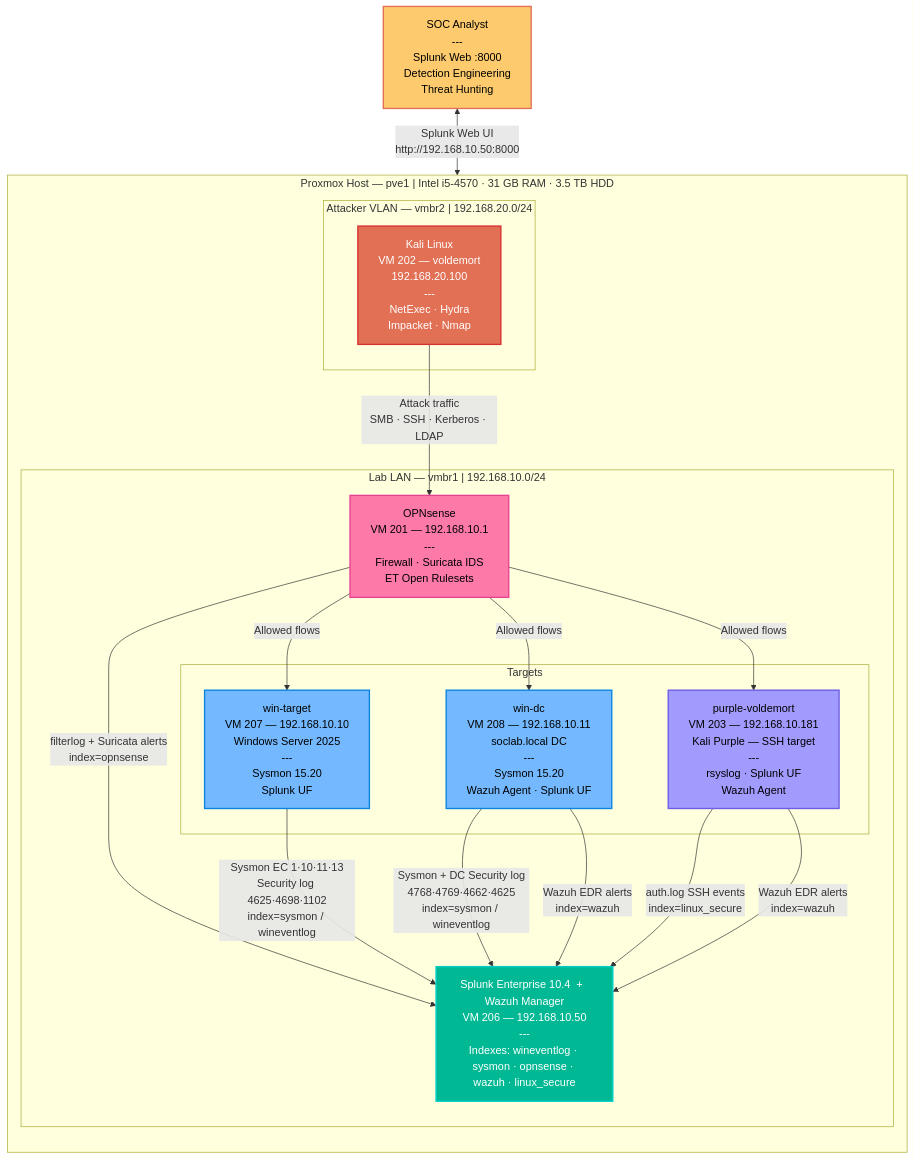
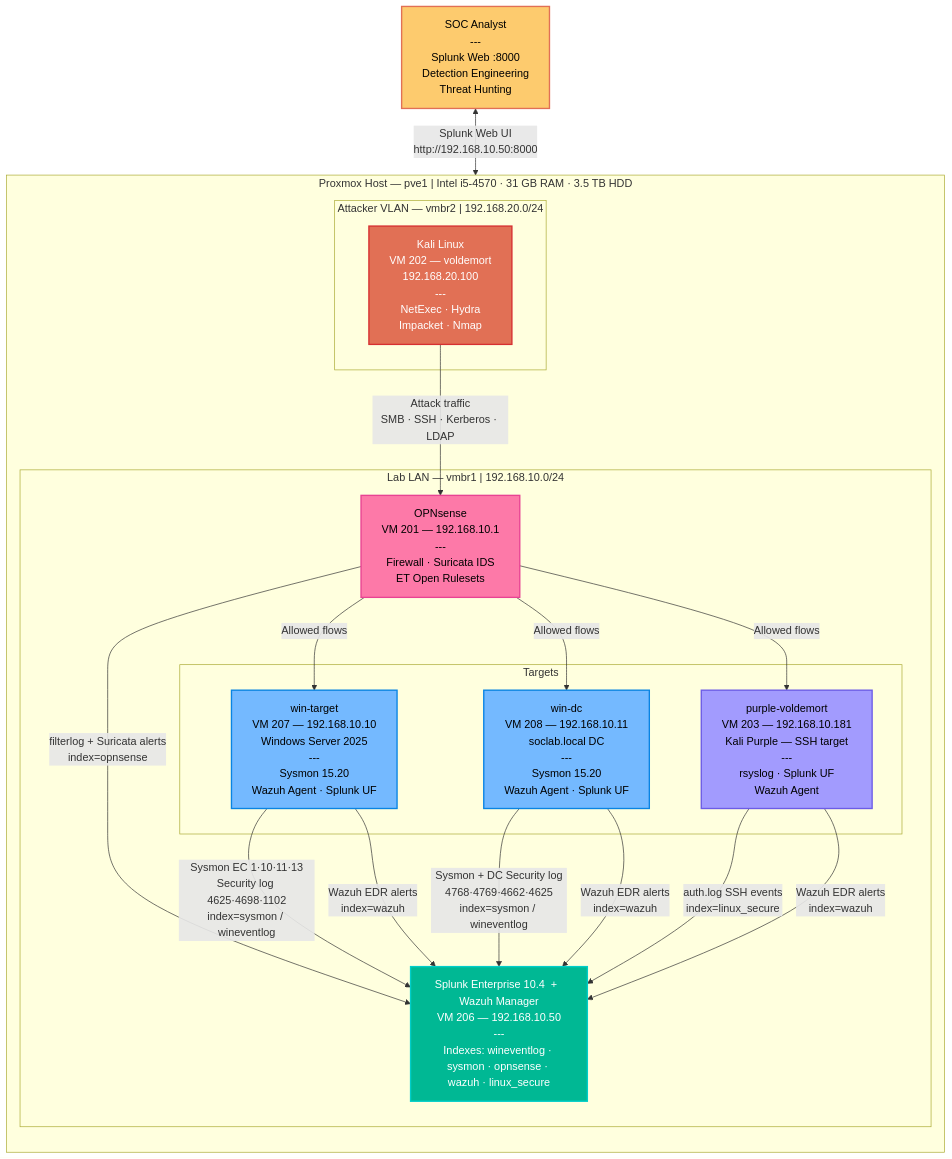
One commit to Santi4g0RD/SOC-Analyst-Projects changed the diagram in splunk-project/lab-infrastructure/README.md. Above: the diagram before and after it, drawn with Mermaid.

Commit message:
Add Wazuh agent to win-target in data flow diagram
All three target VMs now have Wazuh agents: win-target, win-dc, purple-voldemort.

````diff
--- a/splunk-project/lab-infrastructure/README.md
+++ b/splunk-project/lab-infrastructure/README.md
@@ -55,41 +55,42 @@
 ```mermaid
 flowchart TB
     classDef attacker fill:#e17055,color:#fff,stroke:#d63031,stroke-width:2px
     classDef winTarget fill:#74b9ff,color:#000,stroke:#0984e3,stroke-width:2px
     classDef linuxTarget fill:#a29bfe,color:#000,stroke:#6c5ce7,stroke-width:2px
     classDef firewall fill:#fd79a8,color:#000,stroke:#e84393,stroke-width:2px
     classDef siem fill:#00b894,color:#fff,stroke:#00cec9,stroke-width:2px
     classDef analyst fill:#fdcb6e,color:#000,stroke:#e17055,stroke-width:2px
 
     subgraph PROXMOX["Proxmox Host — pve1  |  Intel i5-4570  ·  31 GB RAM  ·  3.5 TB HDD"]
         direction TB
 
         subgraph VLAN2["Attacker VLAN — vmbr2  |  192.168.20.0/24"]
             KALI["Kali Linux\nVM 202 — voldemort\n192.168.20.100\n---\nNetExec · Hydra\nImpacket · Nmap"]:::attacker
         end
 
         subgraph LAN["Lab LAN — vmbr1  |  192.168.10.0/24"]
             OPN["OPNsense\nVM 201 — 192.168.10.1\n---\nFirewall · Suricata IDS\nET Open Rulesets"]:::firewall
 
             subgraph TARGETS["Targets"]
                 WINDC["win-dc\nVM 208 — 192.168.10.11\nsoclab.local DC\n---\nSysmon 15.20\nWazuh Agent · Splunk UF"]:::winTarget
-                WINTGT["win-target\nVM 207 — 192.168.10.10\nWindows Server 2025\n---\nSysmon 15.20\nSplunk UF"]:::winTarget
+                WINTGT["win-target\nVM 207 — 192.168.10.10\nWindows Server 2025\n---\nSysmon 15.20\nWazuh Agent · Splunk UF"]:::winTarget
                 LINUX["purple-voldemort\nVM 203 — 192.168.10.181\nKali Purple — SSH target\n---\nrsyslog · Splunk UF\nWazuh Agent"]:::linuxTarget
             end
 
             SPLUNK["Splunk Enterprise 10.4  +  Wazuh Manager\nVM 206 — 192.168.10.50\n---\nIndexes: wineventlog · sysmon · opnsense · wazuh · linux_secure"]:::siem
         end
     end
 
     ANALYST["SOC Analyst\n---\nSplunk Web :8000\nDetection Engineering\nThreat Hunting"]:::analyst
 
     KALI -->|"Attack traffic\nSMB · SSH · Kerberos · LDAP"| OPN
     OPN -->|"filterlog + Suricata alerts\nindex=opnsense"| SPLUNK
     OPN -->|"Allowed flows"| WINTGT & WINDC & LINUX
     WINTGT -->|"Sysmon EC 1·10·11·13\nSecurity log 4625·4698·1102\nindex=sysmon / wineventlog"| SPLUNK
+    WINTGT -->|"Wazuh EDR alerts\nindex=wazuh"| SPLUNK
     WINDC -->|"Sysmon + DC Security log\n4768·4769·4662·4625\nindex=sysmon / wineventlog"| SPLUNK
     WINDC -->|"Wazuh EDR alerts\nindex=wazuh"| SPLUNK
     LINUX -->|"auth.log SSH events\nindex=linux_secure"| SPLUNK
     LINUX -->|"Wazuh EDR alerts\nindex=wazuh"| SPLUNK
     ANALYST <-->|"Splunk Web UI\nhttp://192.168.10.50:8000"| SPLUNK
 ```
````
